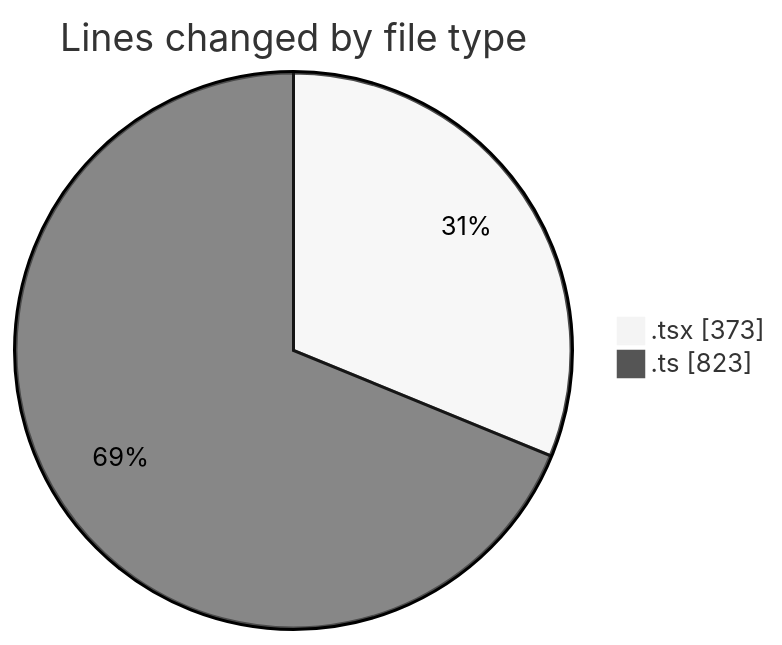
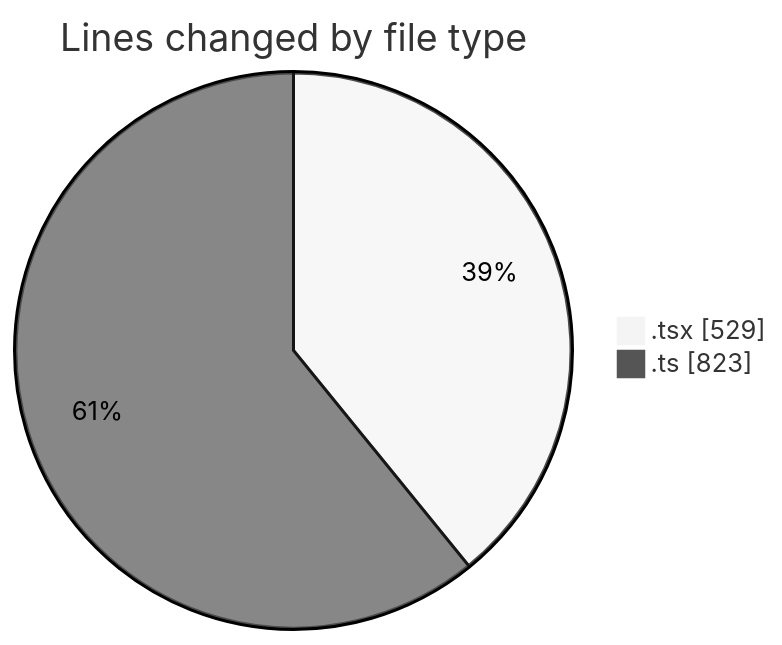
The first of 2 diagrams in 2025-10-20/eventscop-frontend-guide__workspace_/README.md (julien-gomy/code-tracking), drawn with Mermaid (neutral theme) before and after one commit. The commit also changed other lines of this file and 1 other file, not shown here.

````diff
--- a/2025-10-20/eventscop-frontend-guide__workspace_/README.md
+++ b/2025-10-20/eventscop-frontend-guide__workspace_/README.md
@@ -31,6 +32,6 @@
 ```mermaid
 pie showData
 title Lines changed by file type
-".tsx" : 373
+".tsx" : 529
 ".ts" : 823
 ```
````
